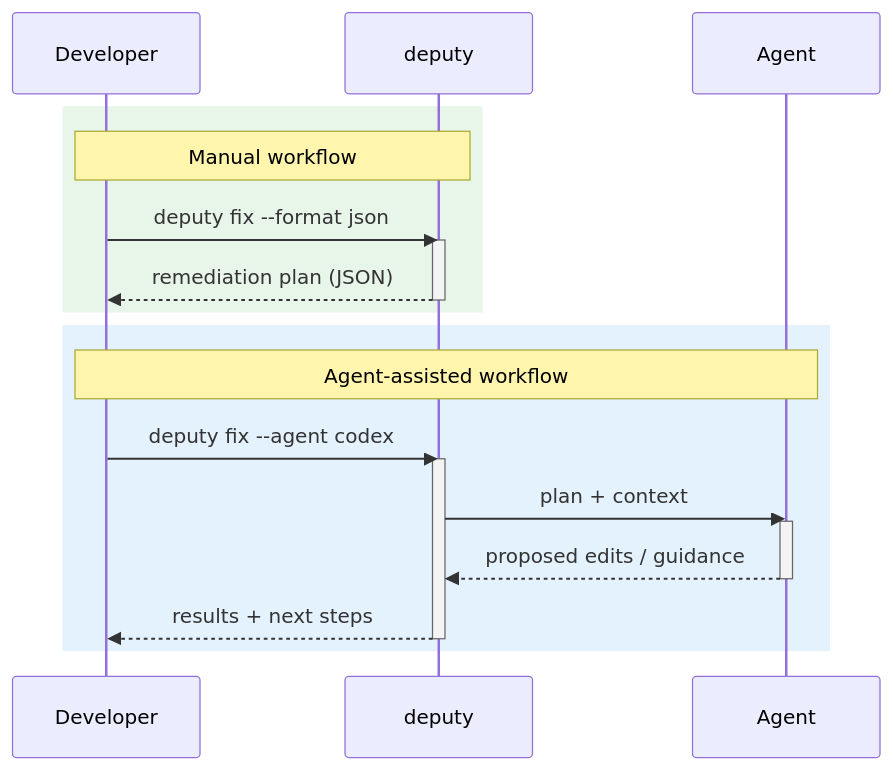
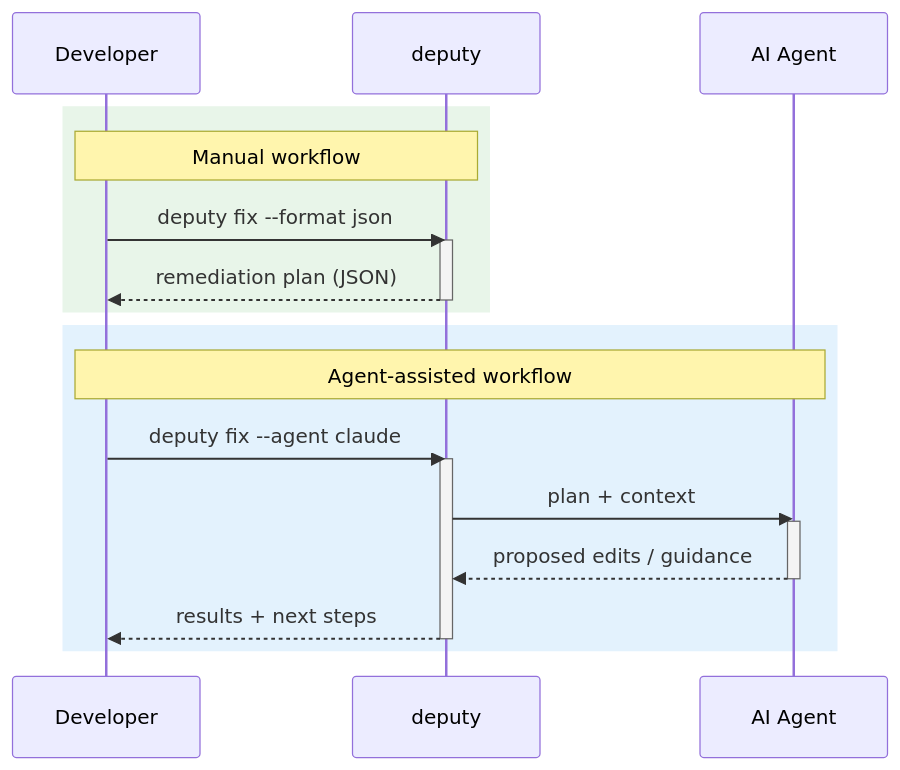
Before and after one commit to temporalio/deputy: the diagram in docs/guides/agents.md, drawn with Mermaid. The commit also changed other lines of this file and 25 other files, not shown here.

````diff
--- a/docs/guides/agents.md
+++ b/docs/guides/agents.md
@@ -7,26 +7,26 @@
 ```mermaid
 sequenceDiagram
   participant Dev as Developer
   participant Deputy as deputy
-  participant Agent
+  participant Agent as AI Agent
 
   rect rgb(232, 245, 233)
     Note over Dev,Deputy: Manual workflow
     Dev->>Deputy: deputy fix --format json
     activate Deputy
     Deputy-->>Dev: remediation plan (JSON)
     deactivate Deputy
   end
 
   rect rgb(227, 242, 253)
     Note over Dev,Agent: Agent-assisted workflow
-    Dev->>Deputy: deputy fix --agent codex
+    Dev->>Deputy: deputy fix --agent claude
     activate Deputy
     Deputy->>Agent: plan + context
     activate Agent
     Agent-->>Deputy: proposed edits / guidance
     deactivate Agent
     Deputy-->>Dev: results + next steps
     deactivate Deputy
   end
 ```
````
